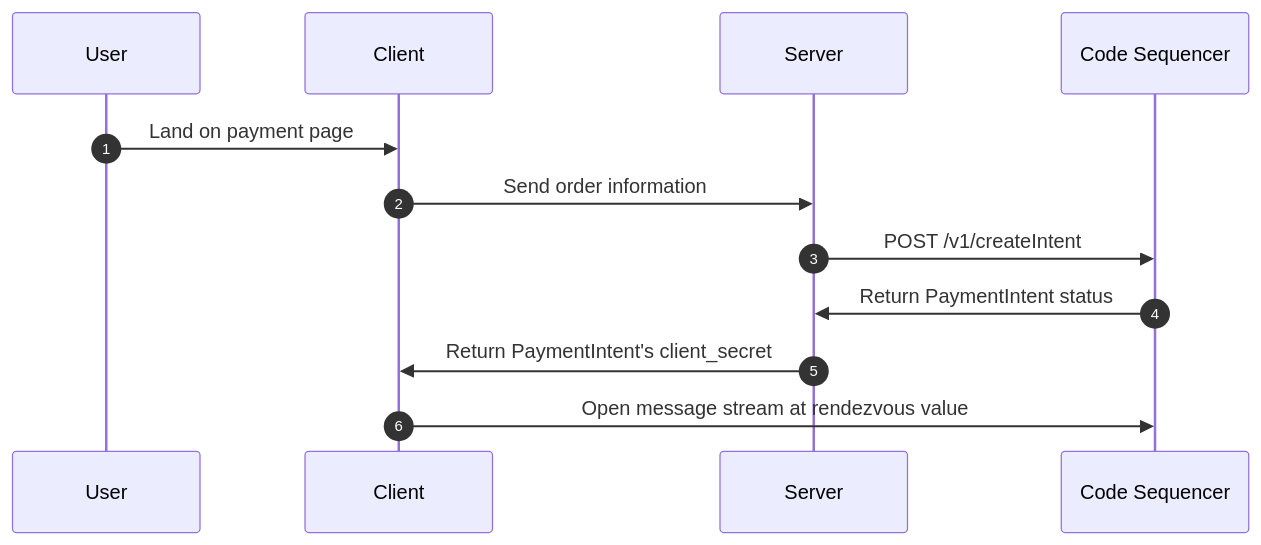
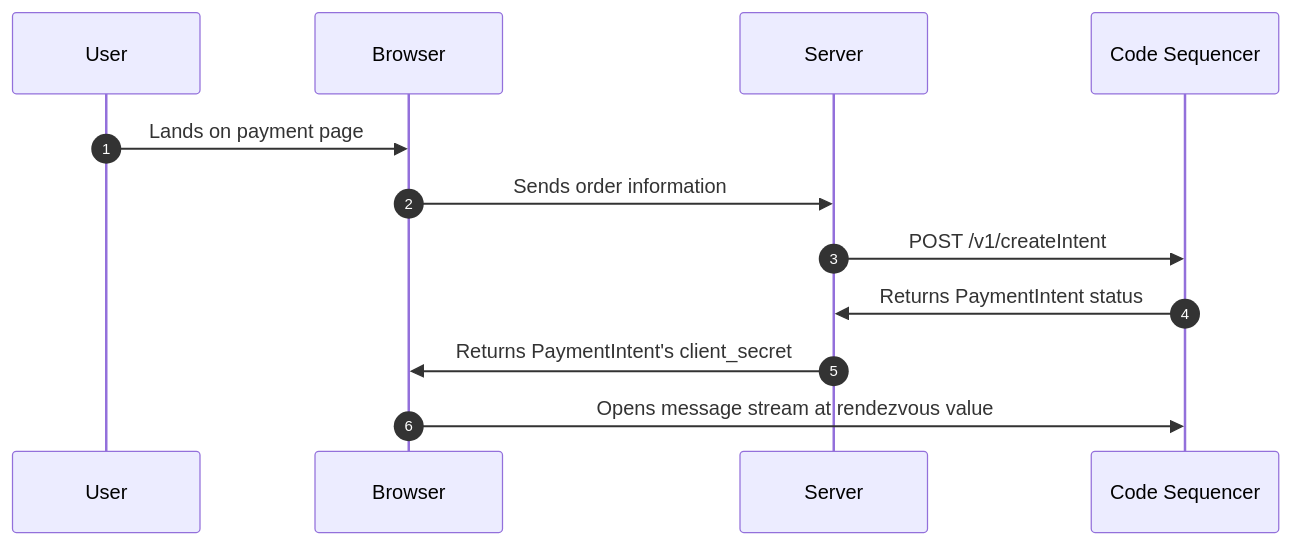
Before and after one commit to code-payments/code-sdk: the first of 2 diagrams in docs/intents/custom-backends.md, drawn with Mermaid. The commit also changed other lines of this file and 4 other files, not shown here.

````diff
--- a/docs/intents/custom-backends.md
+++ b/docs/intents/custom-backends.md
@@ -17,13 +107,13 @@
 ```mermaid
 sequenceDiagram
   autonumber
   participant User
-  participant Client
+  participant Browser
 
-  User->>Client: Land on payment page
-  Client->>Server: Send order information
+  User->>Browser: Lands on payment page
+  Browser->>Server: Sends order information
   Server->>Code Sequencer: POST /v1/createIntent
-  Code Sequencer->>Server: Return PaymentIntent status
-  Server->>Client: Return PaymentIntent's client_secret
-  Client->>Code Sequencer: Open message stream at rendezvous value
+  Code Sequencer->>Server: Returns PaymentIntent status
+  Server->>Browser: Returns PaymentIntent's client_secret
+  Browser->>Code Sequencer: Opens message stream at rendezvous value
 ```
````
